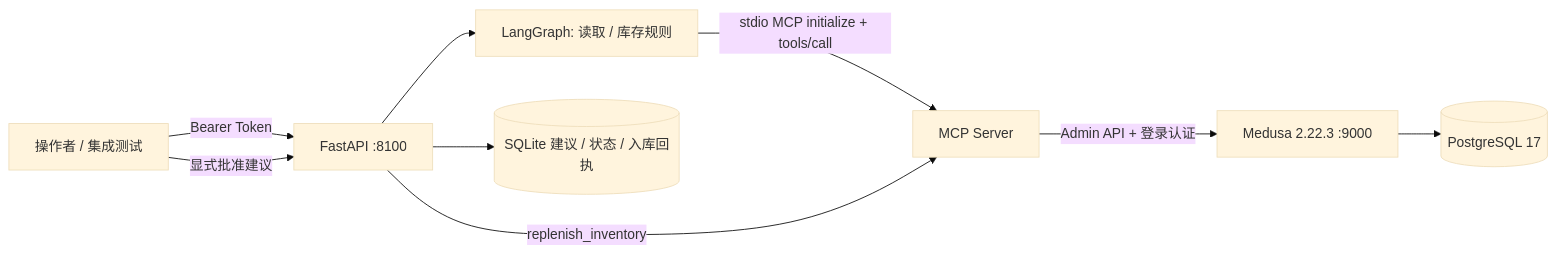
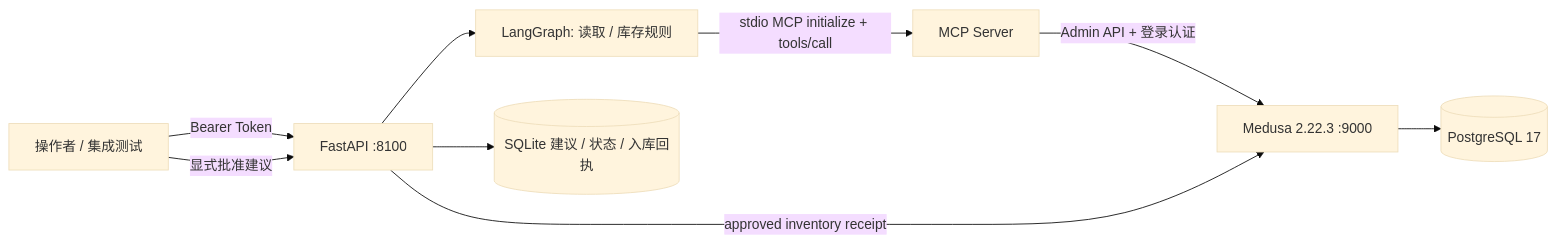
Before and after one commit to ZhaoYubao005/-Agent: the diagram in docs/architecture.md, drawn with Mermaid (base theme). The commit also changed other lines of this file and 5 other files, not shown here.

````diff
--- a/docs/architecture.md
+++ b/docs/architecture.md
@@ -3,11 +3,11 @@
 ```mermaid
 flowchart LR
   A[操作者 / 集成测试] -->|Bearer Token| B[FastAPI :8100]
   B --> C[LangGraph: 读取 / 库存规则]
   C -->|stdio MCP initialize + tools/call| D[MCP Server]
   D -->|Admin API + 登录认证| E[Medusa 2.22.3 :9000]
   E --> F[(PostgreSQL 17)]
   B --> G[(SQLite 建议 / 状态 / 入库回执)]
   A -->|显式批准建议| B
-  B -->|replenish_inventory| D
+  B -->|approved inventory receipt| E
 ```
````
